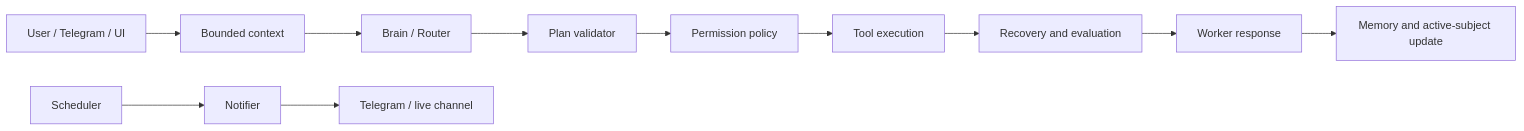
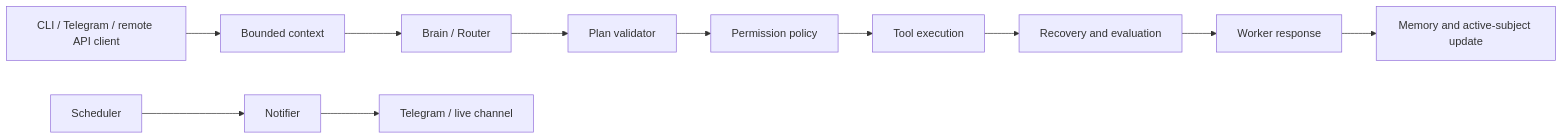
One commit to KhangTranManh/Ciel-2.0 changed the diagram in README.md. Above: the diagram before and after it, drawn with Mermaid. The commit also changed other lines of this file and 14 other files, not shown here.

````diff
--- a/README.md
+++ b/README.md
@@ -38,13 +41,13 @@
 ```mermaid
 flowchart LR
-    U[User / Telegram / UI] --> C[Bounded context]
+    U[CLI / Telegram / remote API client] --> C[Bounded context]
     C --> B[Brain / Router]
     B --> V[Plan validator]
     V --> P[Permission policy]
     P --> T[Tool execution]
     T --> R[Recovery and evaluation]
     R --> W[Worker response]
     W --> M[Memory and active-subject update]
     S[Scheduler] --> N[Notifier]
     N --> TG[Telegram / live channel]
 ```
````
